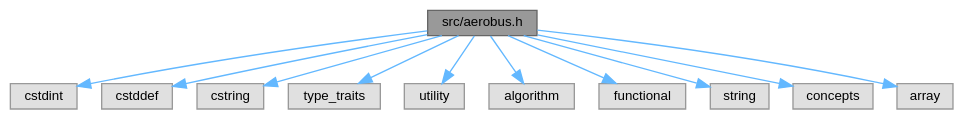
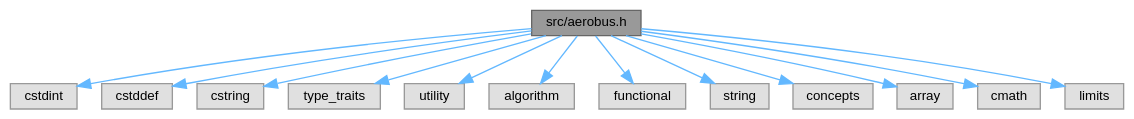
The diagram in docs/aerobus_8h__incl.dot (aerobus-open-source/aerobus), drawn with Graphviz before and after one commit. The commit also changed 75 other files, not shown here.

```diff
--- a/docs/aerobus_8h__incl.dot
+++ b/docs/aerobus_8h__incl.dot
@@ -1,28 +1,32 @@
 digraph "src/aerobus.h"
 {
  // LATEX_PDF_SIZE
   bgcolor="transparent";
   edge [fontname=Helvetica,fontsize=10,labelfontname=Helvetica,labelfontsize=10];
   node [fontname=Helvetica,fontsize=10,shape=box,height=0.2,width=0.4];
   Node1 [id="Node000001",label="src/aerobus.h",height=0.2,width=0.4,color="gray40", fillcolor="grey60", style="filled", fontcolor="black",tooltip=" "];
   Node1 -> Node2 [id="edge1_Node000001_Node000002",color="steelblue1",style="solid",tooltip=" "];
   Node2 [id="Node000002",label="cstdint",height=0.2,width=0.4,color="grey60", fillcolor="#E0E0E0", style="filled",tooltip=" "];
   Node1 -> Node3 [id="edge2_Node000001_Node000003",color="steelblue1",style="solid",tooltip=" "];
   Node3 [id="Node000003",label="cstddef",height=0.2,width=0.4,color="grey60", fillcolor="#E0E0E0", style="filled",tooltip=" "];
   Node1 -> Node4 [id="edge3_Node000001_Node000004",color="steelblue1",style="solid",tooltip=" "];
   Node4 [id="Node000004",label="cstring",height=0.2,width=0.4,color="grey60", fillcolor="#E0E0E0", style="filled",tooltip=" "];
   Node1 -> Node5 [id="edge4_Node000001_Node000005",color="steelblue1",style="solid",tooltip=" "];
   Node5 [id="Node000005",label="type_traits",height=0.2,width=0.4,color="grey60", fillcolor="#E0E0E0", style="filled",tooltip=" "];
   Node1 -> Node6 [id="edge5_Node000001_Node000006",color="steelblue1",style="solid",tooltip=" "];
   Node6 [id="Node000006",label="utility",height=0.2,width=0.4,color="grey60", fillcolor="#E0E0E0", style="filled",tooltip=" "];
   Node1 -> Node7 [id="edge6_Node000001_Node000007",color="steelblue1",style="solid",tooltip=" "];
   Node7 [id="Node000007",label="algorithm",height=0.2,width=0.4,color="grey60", fillcolor="#E0E0E0", style="filled",tooltip=" "];
   Node1 -> Node8 [id="edge7_Node000001_Node000008",color="steelblue1",style="solid",tooltip=" "];
   Node8 [id="Node000008",label="functional",height=0.2,width=0.4,color="grey60", fillcolor="#E0E0E0", style="filled",tooltip=" "];
   Node1 -> Node9 [id="edge8_Node000001_Node000009",color="steelblue1",style="solid",tooltip=" "];
   Node9 [id="Node000009",label="string",height=0.2,width=0.4,color="grey60", fillcolor="#E0E0E0", style="filled",tooltip=" "];
   Node1 -> Node10 [id="edge9_Node000001_Node000010",color="steelblue1",style="solid",tooltip=" "];
   Node10 [id="Node000010",label="concepts",height=0.2,width=0.4,color="grey60", fillcolor="#E0E0E0", style="filled",tooltip=" "];
   Node1 -> Node11 [id="edge10_Node000001_Node000011",color="steelblue1",style="solid",tooltip=" "];
   Node11 [id="Node000011",label="array",height=0.2,width=0.4,color="grey60", fillcolor="#E0E0E0", style="filled",tooltip=" "];
+  Node1 -> Node12 [id="edge11_Node000001_Node000012",color="steelblue1",style="solid",tooltip=" "];
+  Node12 [id="Node000012",label="cmath",height=0.2,width=0.4,color="grey60", fillcolor="#E0E0E0", style="filled",tooltip=" "];
+  Node1 -> Node13 [id="edge12_Node000001_Node000013",color="steelblue1",style="solid",tooltip=" "];
+  Node13 [id="Node000013",label="limits",height=0.2,width=0.4,color="grey60", fillcolor="#E0E0E0", style="filled",tooltip=" "];
 }
```
